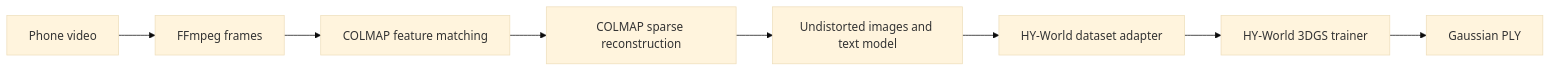
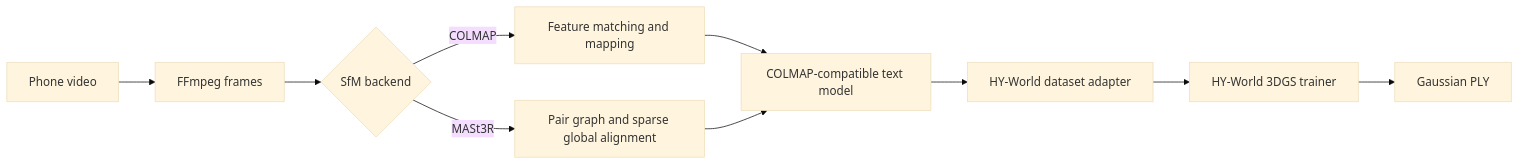
Before and after one commit to LimbusSpace/real2sim-demo: the diagram in README.md, drawn with Mermaid (base theme). The commit also changed other lines of this file and 21 other files, not shown here.

````diff
--- a/README.md
+++ b/README.md
@@ -18,10 +18,12 @@
 ```mermaid
 flowchart LR
     A[Phone video] --> B[FFmpeg frames]
-    B --> C[COLMAP feature matching]
-    C --> D[COLMAP sparse reconstruction]
-    D --> E[Undistorted images and text model]
-    E --> F[HY-World dataset adapter]
-    F --> G[HY-World 3DGS trainer]
-    G --> H[Gaussian PLY]
+    B --> C{SfM backend}
+    C -->|COLMAP| D[Feature matching and mapping]
+    C -->|MASt3R| E[Pair graph and sparse global alignment]
+    D --> F[COLMAP-compatible text model]
+    E --> F
+    F --> G[HY-World dataset adapter]
+    G --> H[HY-World 3DGS trainer]
+    H --> I[Gaussian PLY]
 ```
````
